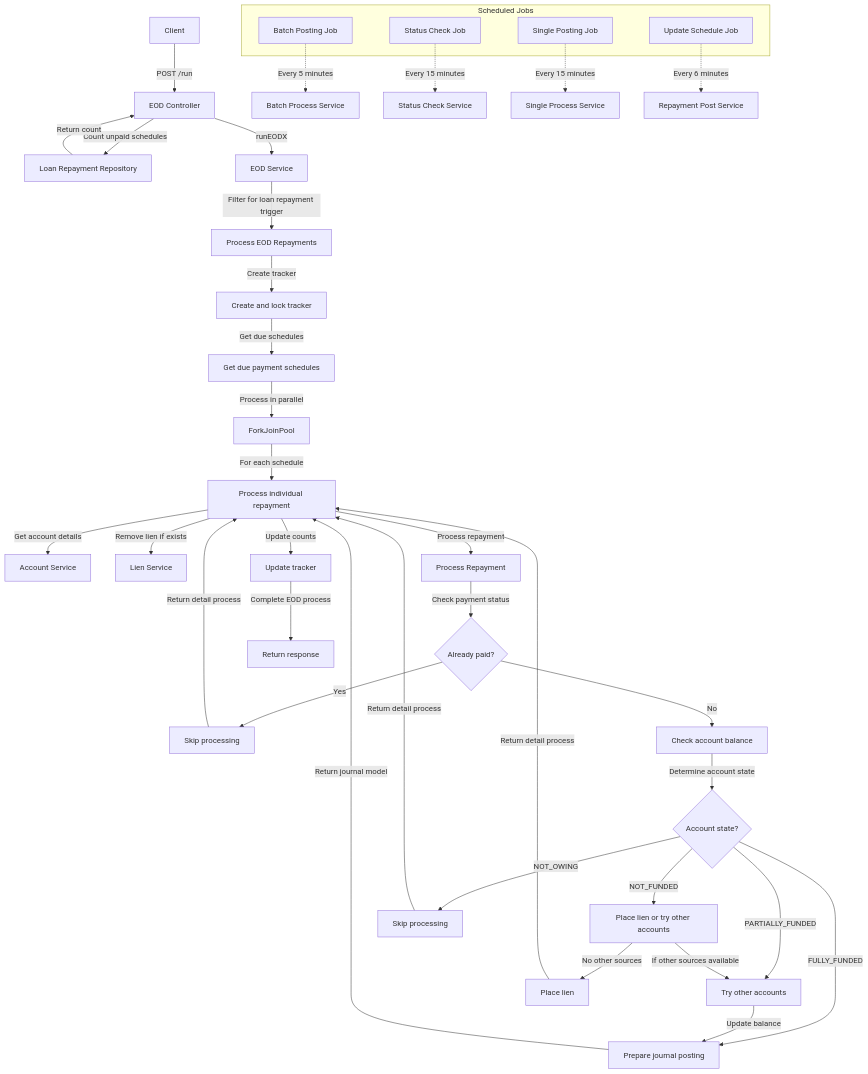
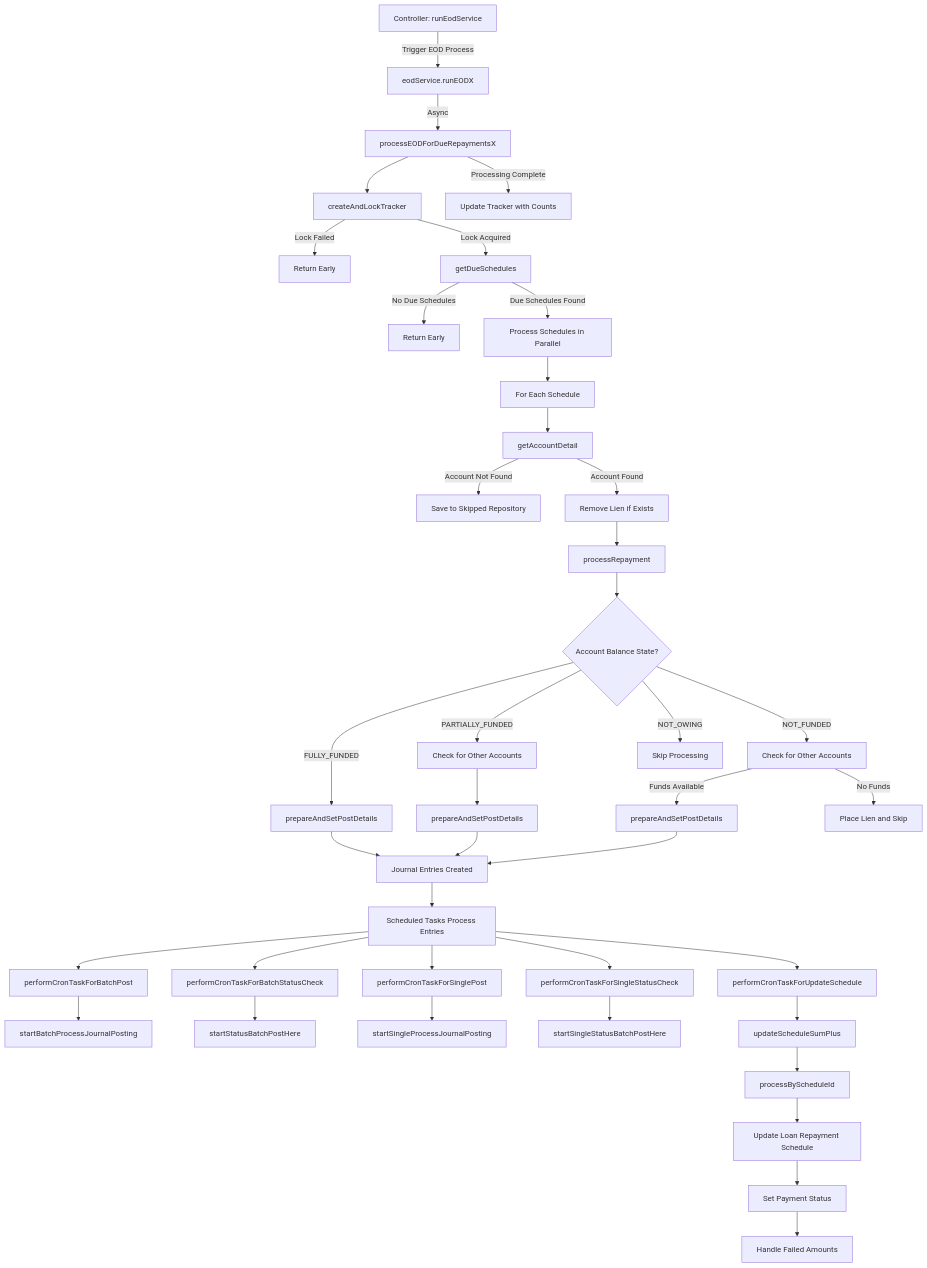
Before and after one commit to Senjonnes/loan-booking-micorservice: the diagram in loan-repayment-job.md, drawn with Mermaid. The commit also changed other lines of this file and 1 other file, not shown here.

````diff
--- a/loan-repayment-job.md
+++ b/loan-repayment-job.md
@@ -36,53 +129,66 @@
 ```mermaid
 
 graph TD
-    A[Client] -->|"POST /run"| B[EOD Controller]
-    B -->|"Count unpaid schedules"| C[Loan Repayment Repository]
-    C -->|"Return count"| B
-    B -->|"runEODX"| D[EOD Service]
+    A["Controller: runEodService"] -->|"Trigger EOD Process"| B["eodService.runEODX"]
 
-    D -->|"Filter for loan repayment trigger"| E[Process EOD Repayments]
-    E -->|"Create tracker"| F[Create and lock tracker]
-    F -->|"Get due schedules"| G[Get due payment schedules]
+    B -->|"Async"| C["processEODForDueRepaymentsX"]
 
-    G -->|"Process in parallel"| H[ForkJoinPool]
-    H -->|"For each schedule"| I[Process individual repayment]
+    C --> D["createAndLockTracker"]
+    D -->|"Lock Failed"| E["Return Early"]
 
-    I -->|"Get account details"| J[Account Service]
-    I -->|"Remove lien if exists"| K[Lien Service]
-    I -->|"Process repayment"| L[Process Repayment]
+    D -->|"Lock Acquired"| F["getDueSchedules"]
+    F -->|"No Due Schedules"| G["Return Early"]
 
-    L -->|"Check payment status"| M{Already paid?}
-    M -->|"Yes"| N[Skip processing]
-    M -->|"No"| O[Check account balance]
+    F -->|"Due Schedules Found"| H["Process Schedules in Parallel"]
 
-    O -->|"Determine account state"| P{Account state?}
-    P -->|"FULLY_FUNDED"| Q[Prepare journal posting]
-    P -->|"PARTIALLY_FUNDED"| R[Try other accounts]
-    P -->|"NOT_FUNDED"| S[Place lien or try other accounts]
-    P -->|"NOT_OWING"| T[Skip processing]
+    H --> I["For Each Schedule"]
 
-    R -->|"Update balance"| Q
-    S -->|"If other sources available"| R
-    S -->|"No other sources"| U[Place lien]
+    I --> J["getAccountDetail"]
+    J -->|"Account Not Found"| K["Save to Skipped Repository"]
 
-    Q -->|"Return journal model"| I
-    N -->|"Return detail process"| I
-    T -->|"Return detail process"| I
-    U -->|"Return detail process"| I
+    J -->|"Account Found"| L["Remove Lien if Exists"]
 
-    I -->|"Update counts"| V[Update tracker]
-    V -->|"Complete EOD process"| W[Return response]
+    L --> M["processRepayment"]
 
-    subgraph "Scheduled Jobs"
-        X[Batch Posting Job]
-        Y[Status Check Job]
-        Z[Single Posting Job]
-        AA[Update Schedule Job]
-    end
+    M --> N{"Account Balance State?"}
 
-    X -.->|"Every 5 minutes"| BB[Batch Process Service]
-    Y -.->|"Every 15 minutes"| CC[Status Check Service]
-    Z -.->|"Every 15 minutes"| DD[Single Process Service]
-    AA -.->|"Every 6 minutes"| EE[Repayment Post Service]
+    N -->|"FULLY_FUNDED"| O["prepareAndSetPostDetails"]
+
+    N -->|"PARTIALLY_FUNDED"| P["Check for Other Accounts"]
+    P --> Q["prepareAndSetPostDetails"]
+
+    N -->|"NOT_FUNDED"| R["Check for Other Accounts"]
+    R -->|"Funds Available"| S["prepareAndSetPostDetails"]
+    R -->|"No Funds"| T["Place Lien and Skip"]
+
+    N -->|"NOT_OWING"| U["Skip Processing"]
+
+    O & Q & S --> V["Journal Entries Created"]
+
+    V --> W["Scheduled Tasks Process Entries"]
+
+    W --> X["performCronTaskForBatchPost"]
+    X --> Y["startBatchProcessJournalPosting"]
+
+    W --> Z["performCronTaskForBatchStatusCheck"]
+    Z --> AA["startStatusBatchPostHere"]
+
+    W --> AB["performCronTaskForSinglePost"]
+    AB --> AC["startSingleProcessJournalPosting"]
+
+    W --> AD["performCronTaskForSingleStatusCheck"]
+    AD --> AE["startSingleStatusBatchPostHere"]
+
+    W --> AF["performCronTaskForUpdateSchedule"]
+    AF --> AG["updateScheduleSumPlus"]
+
+    AG --> AH["processByScheduleId"]
+
+    AH --> AI["Update Loan Repayment Schedule"]
+
+    AI --> AJ["Set Payment Status"]
+
+    AJ --> AK["Handle Failed Amounts"]
+
+    C -->|"Processing Complete"| AL["Update Tracker with Counts"]
 ```
````
